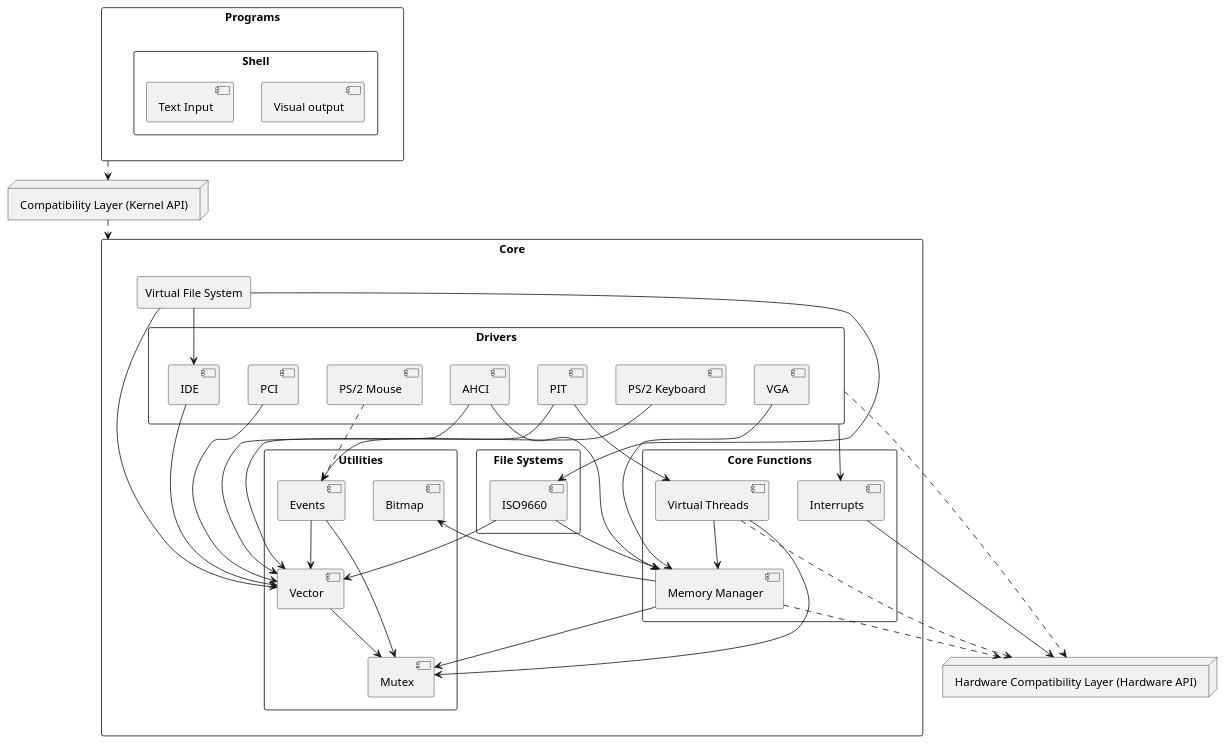
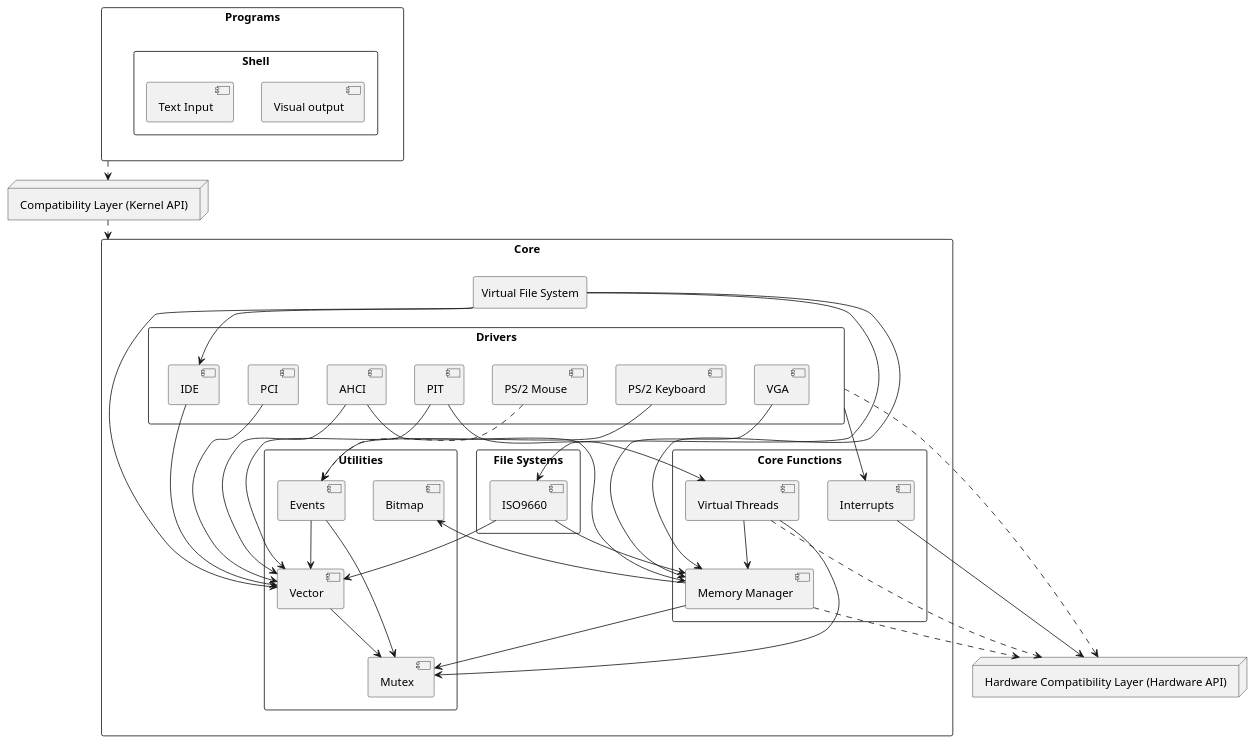
One commit to cactoes/virtual_reflections_os changed the diagram in docs/diagram.puml. Above: the diagram before and after it, drawn with PlantUML.

Commit message:
update to diagram

```diff
--- a/docs/diagram.puml
+++ b/docs/diagram.puml
@@ -1,84 +1,86 @@
 @startuml kernel diagram
 
 node "Hardware Compatibility Layer (Hardware API)" as HWCL {
 }
 
 rectangle "Core" {
     rectangle "Drivers" {
         [PCI]
         [PIT]
         [VGA]
         [PS/2 Keyboard]
         [PS/2 Mouse]
         [AHCI]
         [IDE]
     }
 
     rectangle "Core Functions" {
         [Virtual Threads]
         [Memory Manager]
         [Interrupts]
     }
 
     rectangle "Utilities" {
         [Vector]
         [Mutex]
         [Events]
         [Bitmap]
     }
 
     rectangle "Virtual File System" {
 
     }
 
     rectangle "File Systems" {
         [ISO9660]
     }
 }
 
 [Virtual Threads] --> [Mutex]
 [Virtual Threads] --> [Memory Manager]
 
 [Memory Manager] --> [Bitmap]
 [Memory Manager] --> [Mutex]
 
 [Drivers] --> [Interrupts]
 [PCI] --> [Vector]
 [PIT] --> [Vector]
 [PIT] --> [Virtual Threads]
 [VGA] --> [Memory Manager]
 [PS/2 Keyboard] --> [Events]
 [PS/2 Mouse] ..> [Events]
 [AHCI] --> [Memory Manager]
 [AHCI] --> [Vector]
 [IDE] --> [Vector]
 
 [Events] --> [Mutex]
 [Events] --> [Vector]
 [Vector] --> [Mutex]
 
 "Virtual File System" --> [Vector]
 "Virtual File System" --> [ISO9660]
 "Virtual File System" --> [IDE]
+"Virtual File System" --> [Memory Manager]
+
 [ISO9660] --> [Vector]
 [ISO9660] --> [Memory Manager]
 
 rectangle "Programs" {
     rectangle "Shell" {
         [Visual output]
         [Text Input]
     }
 }
 
 node "Compatibility Layer (Kernel API)" as CL {
 }
 
 Programs ..> CL
 CL ..> Core
 
 [Interrupts] --> HWCL
 Drivers ..> HWCL
 [Memory Manager] ..> HWCL
 [Virtual Threads] ..> HWCL
 
 @enduml
```
